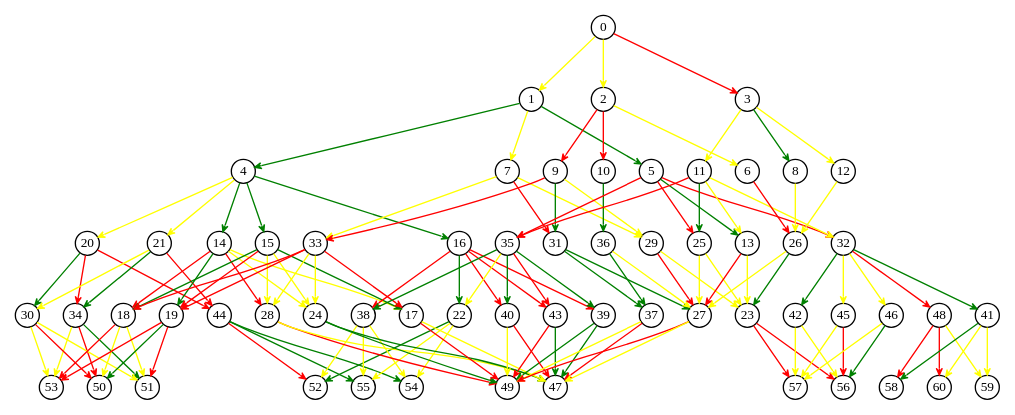
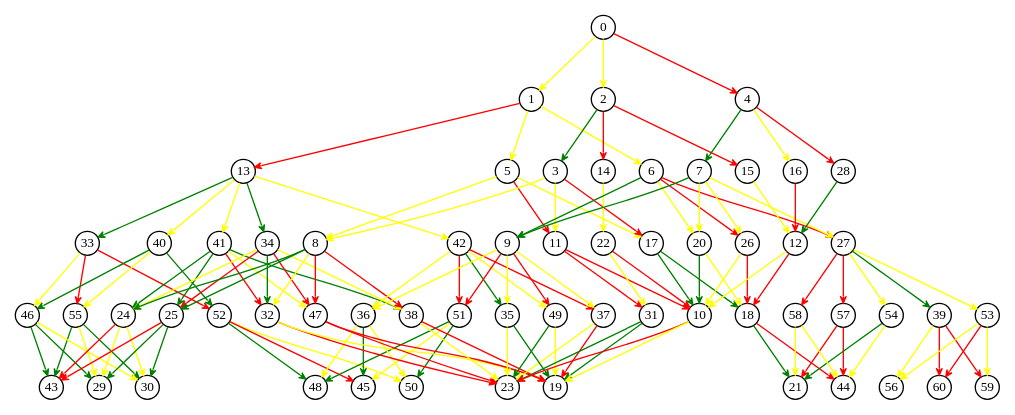
Before and after one commit to kphongph/repo_ttu: the diagram in g.dot, drawn with Graphviz. The commit also changed 2 other files, not shown here.

```diff
--- a/g.dot
+++ b/g.dot
@@ -1,199 +1,199 @@
 digraph G {
    node [shape=circle,width=.25,height=.25,fixedsize=true,fontsize=10];
    edge [arrowhead="vee",arrowsize=.5];
    s0 [label="0"];
    s1 [label="1"];
    s2 [label="2"];
-   s3 [label="3"];
-   s4 [label="4"];
-   s5 [label="7"];
-   s6 [label="9"];
-   s7 [label="10"];
-   s8 [label="5"];
-   s9 [label="11"];
-   s10 [label="6"];
-   s11 [label="8"];
-   s12 [label="12"];
-   s13 [label="20"];
-   s14 [label="21"];
-   s15 [label="14"];
-   s16 [label="15"];
-   s17 [label="33"];
-   s18 [label="16"];
-   s19 [label="35"];
-   s20 [label="31"];
-   s21 [label="36"];
-   s22 [label="29"];
-   s23 [label="25"];
-   s24 [label="13"];
-   s25 [label="26"];
-   s26 [label="32"];
-   s27 [label="34"];
-   s28 [label="30"];
-   s29 [label="18"];
-   s30 [label="19"];
-   s31 [label="44"];
-   s32 [label="22"];
-   s33 [label="38"];
-   s34 [label="28"];
-   s35 [label="24"];
-   s36 [label="17"];
-   s37 [label="43"];
-   s38 [label="39"];
-   s39 [label="40"];
-   s40 [label="37"];
-   s41 [label="27"];
-   s42 [label="48"];
-   s43 [label="41"];
-   s44 [label="23"];
-   s45 [label="45"];
-   s46 [label="46"];
-   s47 [label="42"];
-   s48 [label="50"];
-   s49 [label="51"];
-   s50 [label="53"];
-   s51 [label="54"];
-   s52 [label="52"];
-   s53 [label="55"];
-   s54 [label="49"];
-   s55 [label="47"];
+   s3 [label="4"];
+   s4 [label="13"];
+   s5 [label="5"];
+   s6 [label="3"];
+   s7 [label="14"];
+   s8 [label="6"];
+   s9 [label="7"];
+   s10 [label="15"];
+   s11 [label="16"];
+   s12 [label="28"];
+   s13 [label="33"];
+   s14 [label="40"];
+   s15 [label="41"];
+   s16 [label="34"];
+   s17 [label="8"];
+   s18 [label="42"];
+   s19 [label="9"];
+   s20 [label="11"];
+   s21 [label="22"];
+   s22 [label="17"];
+   s23 [label="20"];
+   s24 [label="26"];
+   s25 [label="12"];
+   s26 [label="27"];
+   s27 [label="55"];
+   s28 [label="46"];
+   s29 [label="24"];
+   s30 [label="25"];
+   s31 [label="52"];
+   s32 [label="51"];
+   s33 [label="36"];
+   s34 [label="32"];
+   s35 [label="47"];
+   s36 [label="38"];
+   s37 [label="49"];
+   s38 [label="37"];
+   s39 [label="35"];
+   s40 [label="31"];
+   s41 [label="10"];
+   s42 [label="39"];
+   s43 [label="53"];
+   s44 [label="18"];
+   s45 [label="57"];
+   s46 [label="54"];
+   s47 [label="58"];
+   s48 [label="29"];
+   s49 [label="30"];
+   s50 [label="43"];
+   s51 [label="50"];
+   s52 [label="48"];
+   s53 [label="45"];
+   s54 [label="23"];
+   s55 [label="19"];
    s56 [label="60"];
    s57 [label="59"];
-   s58 [label="58"];
-   s59 [label="57"];
-   s60 [label="56"];
+   s58 [label="56"];
+   s59 [label="21"];
+   s60 [label="44"];
    s0 -> s1 [color="yellow"];
    s0 -> s2 [color="yellow"];
    s0 -> s3 [color="red"];
-   s1 -> s4 [color="green"];
+   s1 -> s4 [color="red"];
    s1 -> s5 [color="yellow"];
-   s1 -> s8 [color="green"];
-   s2 -> s6 [color="red"];
+   s1 -> s8 [color="yellow"];
+   s2 -> s6 [color="green"];
    s2 -> s7 [color="red"];
-   s2 -> s10 [color="yellow"];
-   s3 -> s9 [color="yellow"];
-   s3 -> s11 [color="green"];
-   s3 -> s12 [color="yellow"];
-   s4 -> s13 [color="yellow"];
+   s2 -> s10 [color="red"];
+   s3 -> s9 [color="green"];
+   s3 -> s11 [color="yellow"];
+   s3 -> s12 [color="red"];
+   s4 -> s13 [color="green"];
    s4 -> s14 [color="yellow"];
-   s4 -> s15 [color="green"];
+   s4 -> s15 [color="yellow"];
    s4 -> s16 [color="green"];
-   s4 -> s18 [color="green"];
+   s4 -> s18 [color="yellow"];
    s5 -> s17 [color="yellow"];
    s5 -> s20 [color="red"];
    s5 -> s22 [color="yellow"];
-   s6 -> s17 [color="red"];
-   s6 -> s20 [color="green"];
-   s6 -> s22 [color="yellow"];
-   s7 -> s21 [color="green"];
-   s8 -> s19 [color="red"];
-   s8 -> s23 [color="red"];
-   s8 -> s24 [color="green"];
+   s6 -> s17 [color="yellow"];
+   s6 -> s20 [color="yellow"];
+   s6 -> s22 [color="red"];
+   s7 -> s21 [color="yellow"];
+   s8 -> s19 [color="green"];
+   s8 -> s23 [color="yellow"];
+   s8 -> s24 [color="red"];
    s8 -> s26 [color="red"];
-   s9 -> s19 [color="red"];
-   s9 -> s23 [color="green"];
+   s9 -> s19 [color="green"];
+   s9 -> s23 [color="yellow"];
    s9 -> s24 [color="yellow"];
    s9 -> s26 [color="yellow"];
-   s10 -> s25 [color="red"];
-   s11 -> s25 [color="yellow"];
-   s12 -> s25 [color="yellow"];
+   s10 -> s25 [color="yellow"];
+   s11 -> s25 [color="red"];
+   s12 -> s25 [color="green"];
    s13 -> s27 [color="red"];
-   s13 -> s28 [color="green"];
+   s13 -> s28 [color="yellow"];
    s13 -> s31 [color="red"];
-   s14 -> s27 [color="green"];
-   s14 -> s28 [color="yellow"];
-   s14 -> s31 [color="red"];
-   s15 -> s29 [color="red"];
+   s14 -> s27 [color="yellow"];
+   s14 -> s28 [color="green"];
+   s14 -> s31 [color="green"];
+   s15 -> s29 [color="green"];
    s15 -> s30 [color="green"];
    s15 -> s34 [color="red"];
    s15 -> s35 [color="yellow"];
-   s15 -> s36 [color="yellow"];
-   s16 -> s29 [color="green"];
+   s15 -> s36 [color="green"];
+   s16 -> s29 [color="yellow"];
    s16 -> s30 [color="red"];
-   s16 -> s34 [color="yellow"];
-   s16 -> s35 [color="yellow"];
-   s16 -> s36 [color="green"];
-   s17 -> s29 [color="red"];
-   s17 -> s30 [color="red"];
+   s16 -> s34 [color="green"];
+   s16 -> s35 [color="red"];
+   s16 -> s36 [color="yellow"];
+   s17 -> s29 [color="green"];
+   s17 -> s30 [color="green"];
    s17 -> s34 [color="yellow"];
-   s17 -> s35 [color="yellow"];
+   s17 -> s35 [color="red"];
    s17 -> s36 [color="red"];
-   s18 -> s32 [color="green"];
-   s18 -> s33 [color="red"];
-   s18 -> s37 [color="red"];
+   s18 -> s32 [color="red"];
+   s18 -> s33 [color="yellow"];
+   s18 -> s37 [color="yellow"];
    s18 -> s38 [color="red"];
-   s18 -> s39 [color="red"];
-   s19 -> s32 [color="yellow"];
-   s19 -> s33 [color="green"];
+   s18 -> s39 [color="green"];
+   s19 -> s32 [color="red"];
+   s19 -> s33 [color="yellow"];
    s19 -> s37 [color="red"];
-   s19 -> s38 [color="green"];
-   s19 -> s39 [color="green"];
-   s20 -> s40 [color="green"];
-   s20 -> s41 [color="green"];
-   s21 -> s40 [color="green"];
-   s21 -> s41 [color="yellow"];
-   s22 -> s41 [color="red"];
-   s22 -> s44 [color="yellow"];
-   s23 -> s41 [color="yellow"];
+   s19 -> s38 [color="yellow"];
+   s19 -> s39 [color="yellow"];
+   s20 -> s40 [color="red"];
+   s20 -> s41 [color="red"];
+   s21 -> s40 [color="yellow"];
+   s21 -> s41 [color="red"];
+   s22 -> s41 [color="green"];
+   s22 -> s44 [color="green"];
+   s23 -> s41 [color="green"];
    s23 -> s44 [color="yellow"];
-   s24 -> s41 [color="red"];
-   s24 -> s44 [color="yellow"];
+   s24 -> s41 [color="yellow"];
+   s24 -> s44 [color="red"];
    s25 -> s41 [color="yellow"];
-   s25 -> s44 [color="green"];
-   s26 -> s42 [color="red"];
-   s26 -> s43 [color="green"];
-   s26 -> s45 [color="yellow"];
+   s25 -> s44 [color="red"];
+   s26 -> s42 [color="green"];
+   s26 -> s43 [color="yellow"];
+   s26 -> s45 [color="red"];
    s26 -> s46 [color="yellow"];
-   s26 -> s47 [color="green"];
-   s27 -> s48 [color="red"];
+   s26 -> s47 [color="red"];
+   s27 -> s48 [color="yellow"];
    s27 -> s49 [color="green"];
-   s27 -> s50 [color="yellow"];
-   s28 -> s48 [color="red"];
+   s27 -> s50 [color="green"];
+   s28 -> s48 [color="green"];
    s28 -> s49 [color="yellow"];
-   s28 -> s50 [color="yellow"];
+   s28 -> s50 [color="green"];
    s29 -> s48 [color="yellow"];
    s29 -> s49 [color="yellow"];
    s29 -> s50 [color="red"];
    s30 -> s48 [color="green"];
-   s30 -> s49 [color="red"];
+   s30 -> s49 [color="green"];
    s30 -> s50 [color="red"];
-   s31 -> s51 [color="green"];
-   s31 -> s52 [color="red"];
-   s31 -> s53 [color="green"];
-   s32 -> s51 [color="yellow"];
+   s31 -> s51 [color="yellow"];
+   s31 -> s52 [color="green"];
+   s31 -> s53 [color="red"];
+   s32 -> s51 [color="green"];
    s32 -> s52 [color="green"];
    s32 -> s53 [color="yellow"];
    s33 -> s51 [color="yellow"];
    s33 -> s52 [color="yellow"];
-   s33 -> s53 [color="yellow"];
+   s33 -> s53 [color="green"];
    s34 -> s54 [color="red"];
    s34 -> s55 [color="yellow"];
-   s35 -> s54 [color="green"];
-   s35 -> s55 [color="green"];
-   s36 -> s54 [color="red"];
-   s36 -> s55 [color="yellow"];
-   s37 -> s54 [color="red"];
-   s37 -> s55 [color="green"];
-   s38 -> s54 [color="green"];
-   s38 -> s55 [color="green"];
+   s35 -> s54 [color="red"];
+   s35 -> s55 [color="red"];
+   s36 -> s54 [color="yellow"];
+   s36 -> s55 [color="red"];
+   s37 -> s54 [color="green"];
+   s37 -> s55 [color="yellow"];
+   s38 -> s54 [color="yellow"];
+   s38 -> s55 [color="red"];
    s39 -> s54 [color="yellow"];
-   s39 -> s55 [color="red"];
-   s40 -> s54 [color="yellow"];
-   s40 -> s55 [color="red"];
+   s39 -> s55 [color="green"];
+   s40 -> s54 [color="green"];
+   s40 -> s55 [color="green"];
    s41 -> s54 [color="red"];
    s41 -> s55 [color="yellow"];
    s42 -> s56 [color="red"];
-   s42 -> s57 [color="yellow"];
-   s42 -> s58 [color="red"];
-   s43 -> s56 [color="yellow"];
+   s42 -> s57 [color="red"];
+   s42 -> s58 [color="yellow"];
+   s43 -> s56 [color="red"];
    s43 -> s57 [color="yellow"];
-   s43 -> s58 [color="green"];
-   s44 -> s59 [color="red"];
+   s43 -> s58 [color="yellow"];
+   s44 -> s59 [color="green"];
    s44 -> s60 [color="red"];
-   s45 -> s59 [color="yellow"];
+   s45 -> s59 [color="red"];
    s45 -> s60 [color="red"];
-   s46 -> s59 [color="yellow"];
-   s46 -> s60 [color="green"];
+   s46 -> s59 [color="green"];
+   s46 -> s60 [color="yellow"];
    s47 -> s59 [color="yellow"];
    s47 -> s60 [color="yellow"];
 }
```
